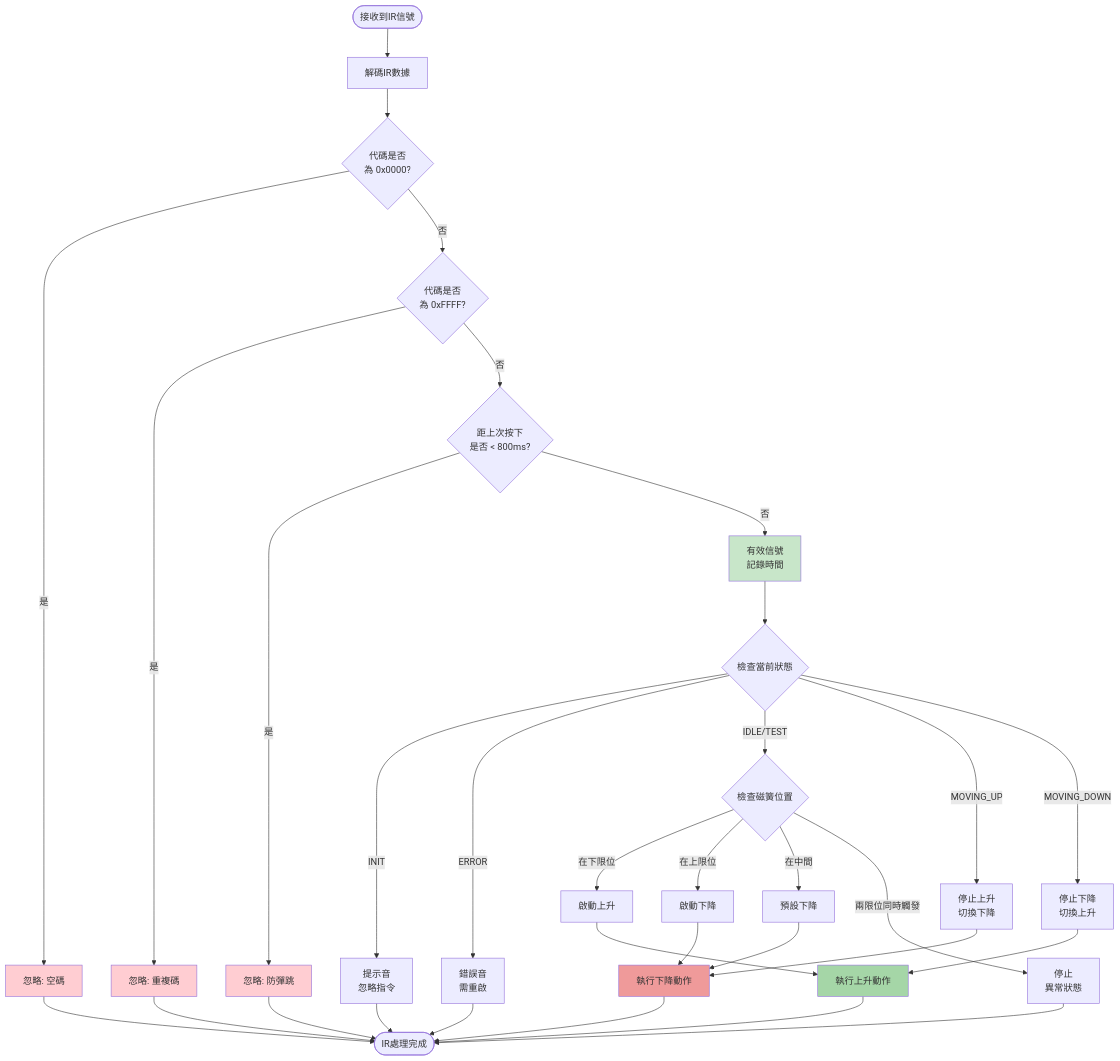
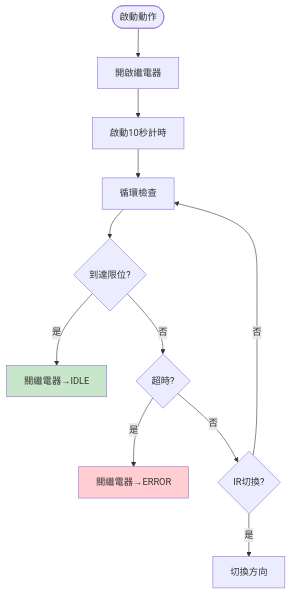
Before and after one commit to Eason3030/library: the fourth of 6 diagrams in README.md, drawn with Mermaid. The commit also changed other lines of this file, not shown here.

````diff
--- a/README.md
+++ b/README.md
@@ -222,50 +133,19 @@
 ```mermaid
 flowchart TD
-    IRStart([接收到IR信號]) --> DecodeIR[解碼IR數據]
+    Start([啟動動作]) --> RelayOn[開啟繼電器]
+    RelayOn --> Timer[啟動10秒計時]
+    Timer --> Loop[循環檢查]
     
-    DecodeIR --> CheckNull{代碼是否<br/>為 0x0000?}
-    CheckNull -->|是| IgnoreNull[忽略: 空碼]
-    CheckNull -->|否| CheckRepeat{代碼是否<br/>為 0xFFFF?}
+    Loop --> LimitOK{到達限位?}
+    LimitOK -->|是| Stop1[關繼電器→IDLE]
+    LimitOK -->|否| TimeoutCheck{超時?}
     
-    CheckRepeat -->|是| IgnoreRepeat[忽略: 重複碼]
-    CheckRepeat -->|否| CheckDebounce{距上次按下<br/>是否 < 800ms?}
+    TimeoutCheck -->|是| Stop2[關繼電器→ERROR]
+    TimeoutCheck -->|否| IRCheck{IR切換?}
     
-    CheckDebounce -->|是| IgnoreDebounce[忽略: 防彈跳]
-    CheckDebounce -->|否| ValidSignal[有效信號<br/>記錄時間]
+    IRCheck -->|是| Switch[切換方向]
+    IRCheck -->|否| Loop
     
-    ValidSignal --> CheckState{檢查當前狀態}
-    
-    CheckState -->|INIT| ActionInit[提示音<br/>忽略指令]
-    CheckState -->|ERROR| ActionError[錯誤音<br/>需重啟]
-    CheckState -->|IDLE/TEST| CheckPosition{檢查磁簧位置}
-    CheckState -->|MOVING_UP| ActionReverse1[停止上升<br/>切換下降]
-    CheckState -->|MOVING_DOWN| ActionReverse2[停止下降<br/>切換上升]
-    
-    CheckPosition -->|在下限位| ActionUp[啟動上升]
-    CheckPosition -->|在上限位| ActionDown[啟動下降]
-    CheckPosition -->|在中間| ActionDefault[預設下降]
-    CheckPosition -->|兩限位同時觸發| ActionStop[停止<br/>異常狀態]
-    
-    ActionUp --> ExecuteUp[執行上升動作]
-    ActionDown --> ExecuteDown[執行下降動作]
-    ActionDefault --> ExecuteDown
-    ActionReverse1 --> ExecuteDown
-    ActionReverse2 --> ExecuteUp
-    
-    ExecuteUp --> EndProcess([IR處理完成])
-    ExecuteDown --> EndProcess
-    ActionInit --> EndProcess
-    ActionError --> EndProcess
-    ActionStop --> EndProcess
-    
-    IgnoreNull --> EndProcess
-    IgnoreRepeat --> EndProcess
-    IgnoreDebounce --> EndProcess
-    
-    style ValidSignal fill:#c8e6c9
-    style IgnoreNull fill:#ffcdd2
-    style IgnoreRepeat fill:#ffcdd2
-    style IgnoreDebounce fill:#ffcdd2
-    style ExecuteUp fill:#a5d6a7
-    style ExecuteDown fill:#ef9a9a
+    style Stop1 fill:#c8e6c9
+    style Stop2 fill:#ffcdd2
 ```
````
